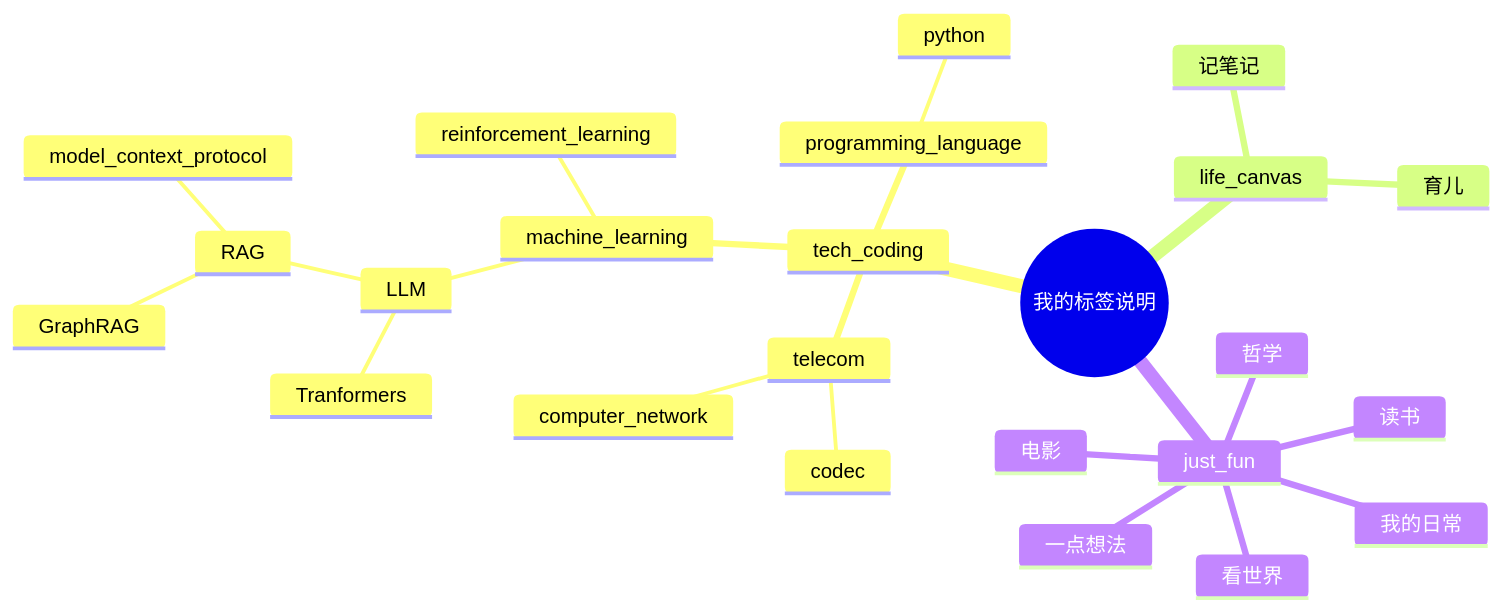
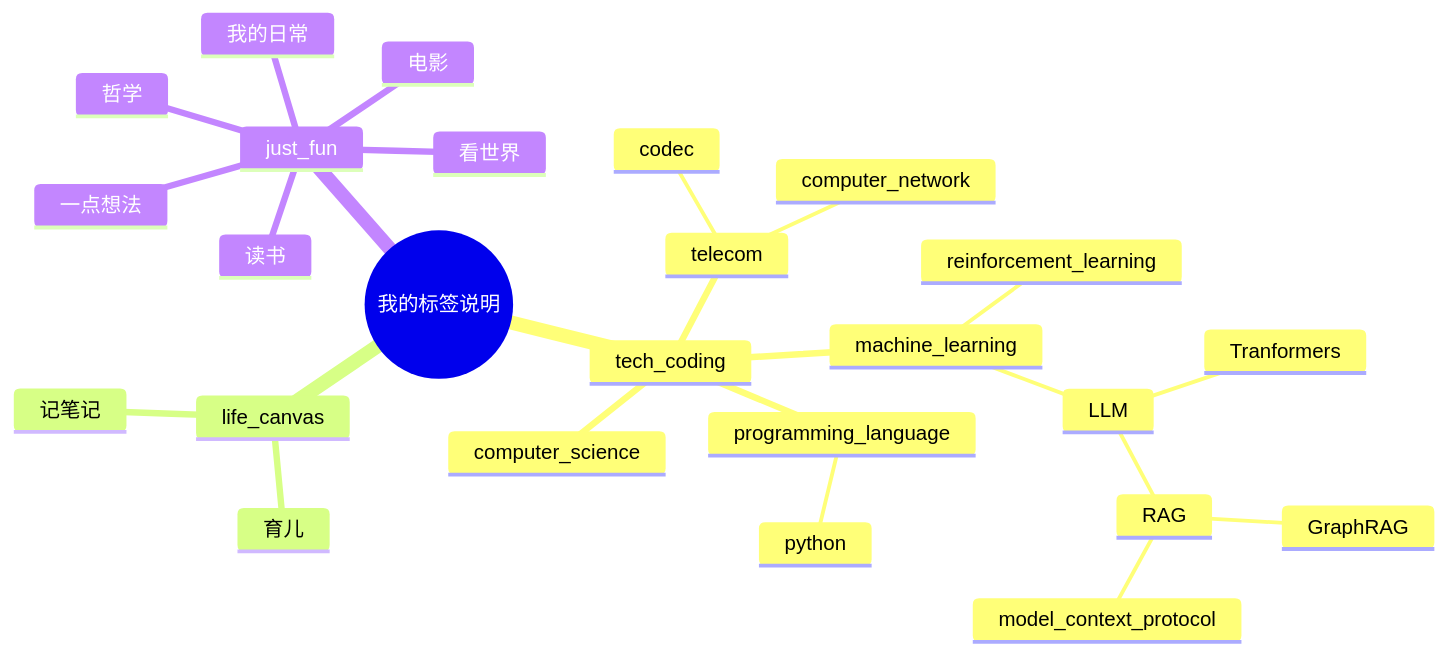
Before and after one commit to jovialchen/taomu: the diagram in tags.md, drawn with Mermaid. The commit also changed 3 other files, not shown here.

```diff
--- a/tags.md
+++ b/tags.md
@@ -16,27 +16,28 @@
 <pre class="mermaid">
 mindmap
   root((我的标签说明))
     tech_coding
+      computer_science
       telecom
         computer_network
         codec
       machine_learning
         LLM
           Tranformers
           RAG
             GraphRAG
             model_context_protocol
         reinforcement_learning
       programming_language
         python
     life_canvas
       记笔记
       育儿
     just_fun
       读书
       电影
       哲学
       看世界
       我的日常
       一点想法
 </pre>
```
